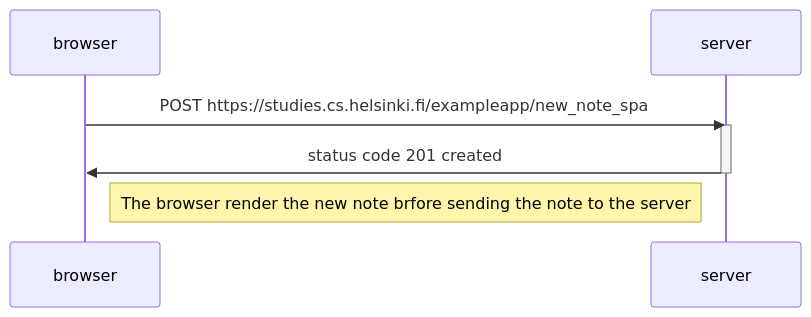
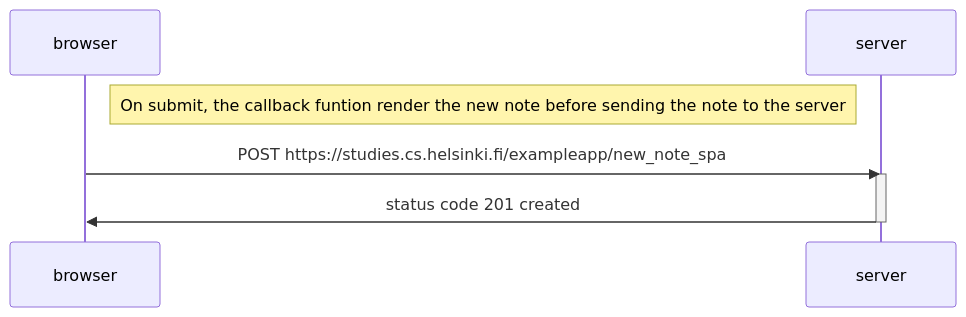
Before and after one commit to VoThinhVuong/fullstackopen_works: the diagram in part0/ex_06.md, drawn with Mermaid.

````diff
--- a/part0/ex_06.md
+++ b/part0/ex_06.md
@@ -2,14 +2,13 @@
 ```mermaid
 sequenceDiagram
     participant browser
     participant server
+
+    Note right of browser: On submit, the callback funtion render the new note before sending the note to the server
 
     browser->>server: POST https://studies.cs.helsinki.fi/exampleapp/new_note_spa
 
     activate server
     server->>browser: status code 201 created
     deactivate server
-    
-    Note right of browser: The browser render the new note brfore sending the note to the server
-
 ```
````
